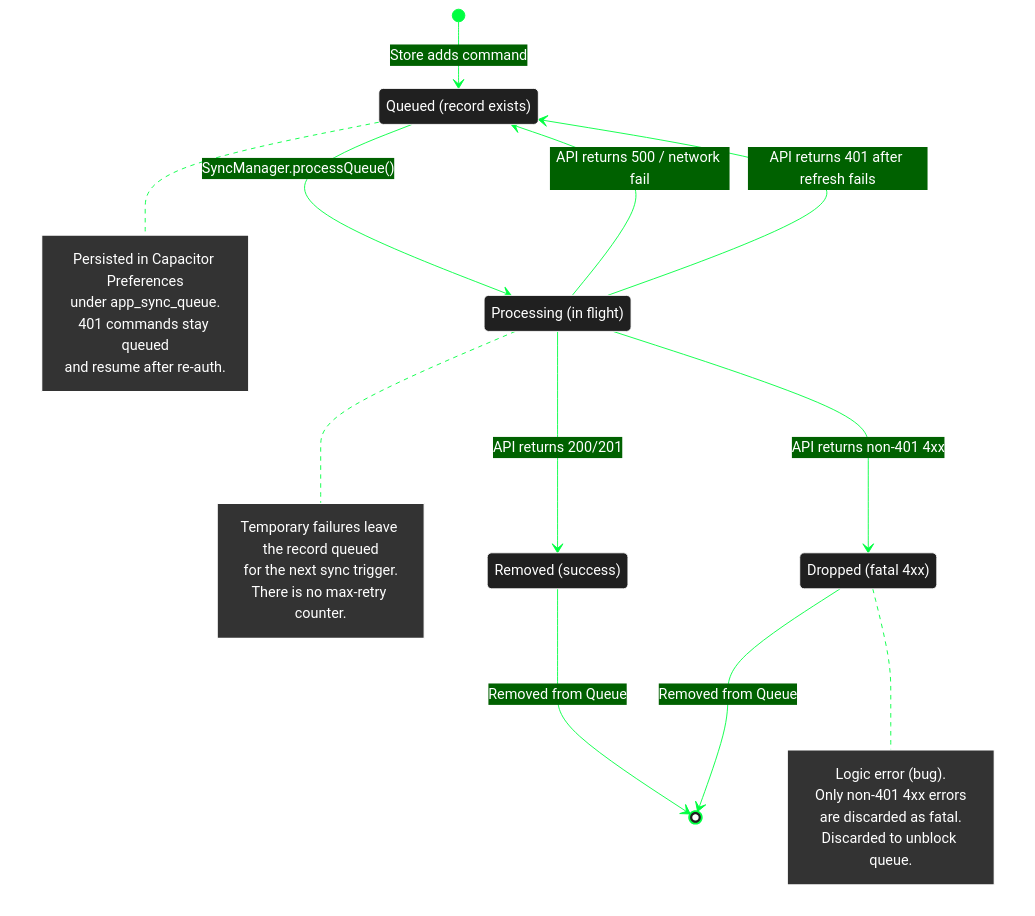
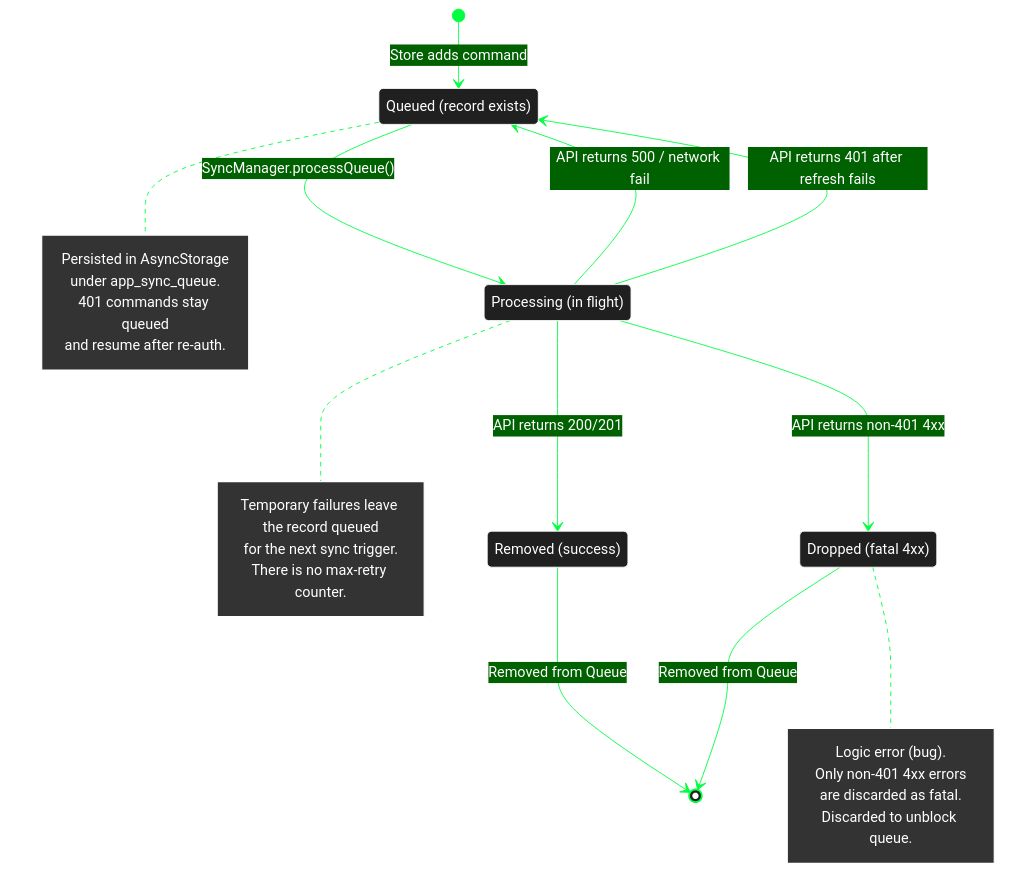
One commit to michaelgreenl/tally-tracker changed the diagram in docs/diagrams/lifecycle/mutation-command.md. Above: the diagram before and after it, drawn with Mermaid. The commit also changed 213 other files, not shown here.

````diff
--- a/docs/diagrams/lifecycle/mutation-command.md
+++ b/docs/diagrams/lifecycle/mutation-command.md
@@ -5,56 +5,56 @@
 ```mermaid
 %%{
   init: {
     'theme': 'base',
     'themeVariables': {
       'primaryColor': '#202020',
       'primaryTextColor': '#fff',
       'primaryBorderColor': '#ffffff',
       'lineColor': '#00ff41',
       'secondaryColor': '#006100',
       'tertiaryColor': '#fff',
       'noteBkgColor': '#333',
       'noteTextColor': '#fff',
       'noteBorderColor': '#fff'
     }
   }
 }%%
 
 stateDiagram-v2
     [*] --> Pending: Store adds command
 
     state "Queued (record exists)" as Pending
     state "Processing (in flight)" as Processing
     state "Removed (success)" as Completed
     state "Dropped (fatal 4xx)" as Dropped
 
     Pending --> Processing: SyncManager.processQueue()
 
     Processing --> Completed: API returns 200/201
     Processing --> Pending: API returns 500 / network fail
     Processing --> Pending: API returns 401 after refresh fails
     Processing --> Dropped: API returns non-401 4xx
 
     Completed --> [*]: Removed from Queue
     Dropped --> [*]: Removed from Queue
 
     note right of Pending
-        Persisted in Capacitor Preferences
+        Persisted in AsyncStorage
         under app_sync_queue.
         401 commands stay queued
         and resume after re-auth.
     end note
 
     note right of Processing
         Temporary failures leave the record queued
         for the next sync trigger.
         There is no max-retry counter.
     end note
 
     note right of Dropped
         Logic error (bug).
         Only non-401 4xx errors
         are discarded as fatal.
         Discarded to unblock queue.
     end note
 ```
````
